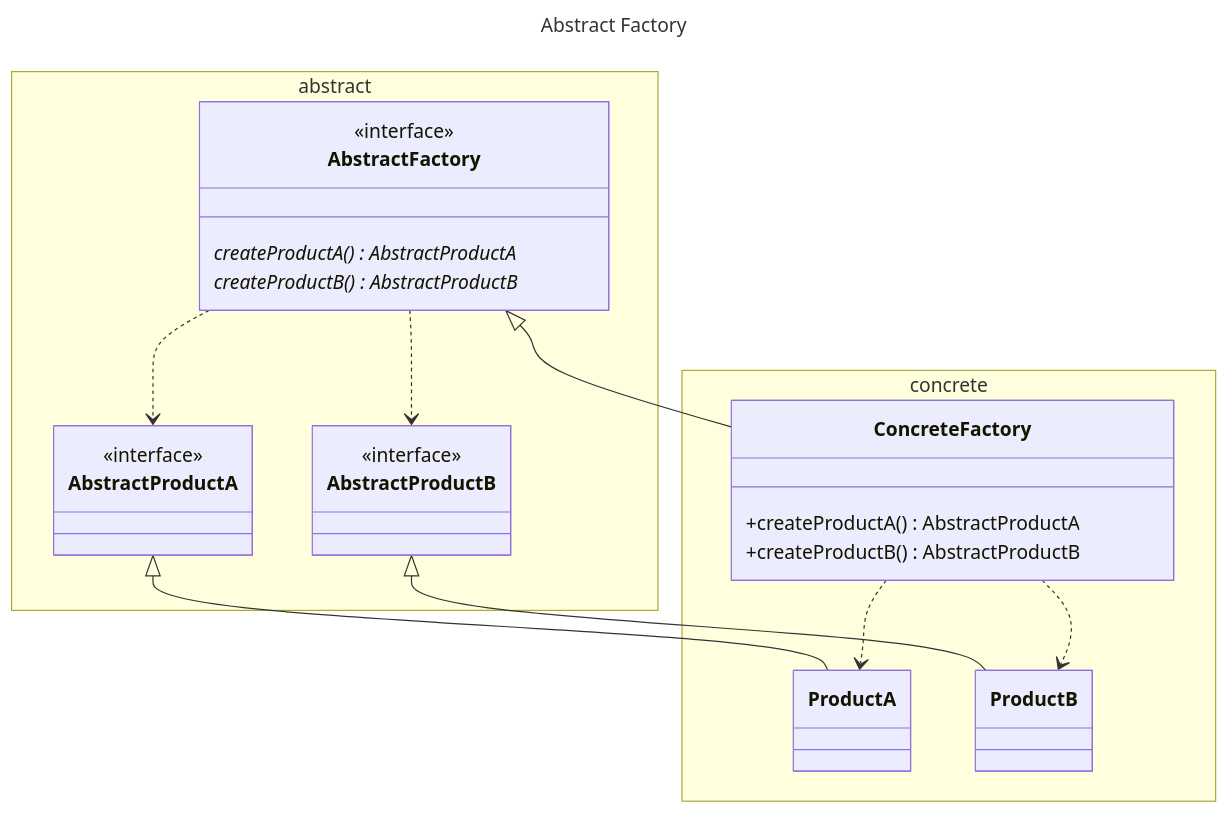
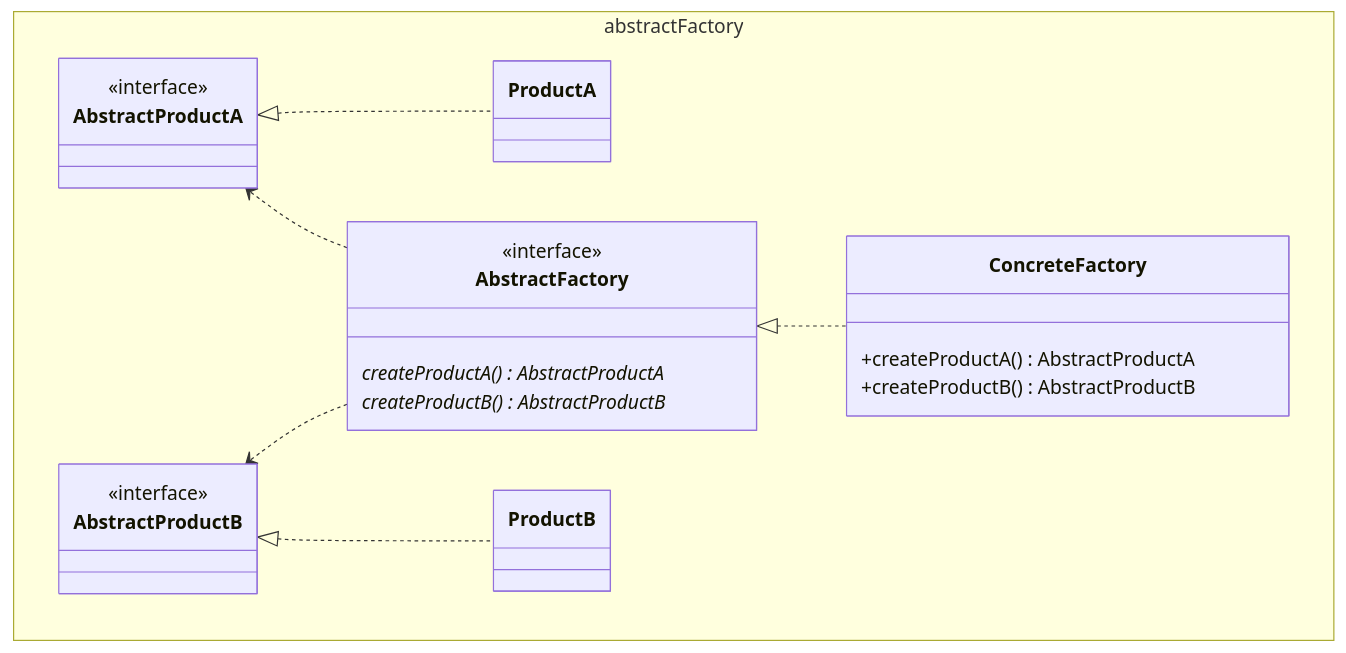
Before and after one commit to mtrigueira/JGoF: the diagram in src/main/java/org/example/gof/creation/abstractFactory/AbstractFactory.md, drawn with Mermaid. The commit also changed other lines of this file and 1 other file, not shown here.

Commit message:
Edit AbstractFactory.md add synonym and related patterns

````diff
--- a/src/main/java/org/example/gof/creation/abstractFactory/AbstractFactory.md
+++ b/src/main/java/org/example/gof/creation/abstractFactory/AbstractFactory.md
@@ -1,35 +5,30 @@
 ```mermaid
----
-title: Abstract Factory
----
 classDiagram
-    AbstractFactory <|-- ConcreteFactory
-    AbstractFactory ..> AbstractProductA
-    AbstractFactory ..> AbstractProductB
-    AbstractProductA <|-- ProductA
-    AbstractProductB <|-- ProductB
-    ConcreteFactory ..> ProductA
-    ConcreteFactory ..> ProductB
-
-    namespace abstract {
+    namespace abstractFactory {
+        class ProductA {
+        }
+        class ProductB {
+        }
         class AbstractFactory {
             <<interface>>
             createProductA() AbstractProductA*
             createProductB() AbstractProductB*
         }
         class AbstractProductA {
             <<interface>>
         }
         class AbstractProductB {
             <<interface>>
         }
-    }
-    namespace concrete {
         class ConcreteFactory {
             +createProductA() AbstractProductA
             +createProductB() AbstractProductB
         }
-        class ProductA
-        class ProductB
     }
+    AbstractFactory <|.. ConcreteFactory
+    AbstractProductA <.. AbstractFactory
+    AbstractProductA <|.. ProductA
+    AbstractProductB <.. AbstractFactory
+    AbstractProductB <|.. ProductB
+
 ```
````
